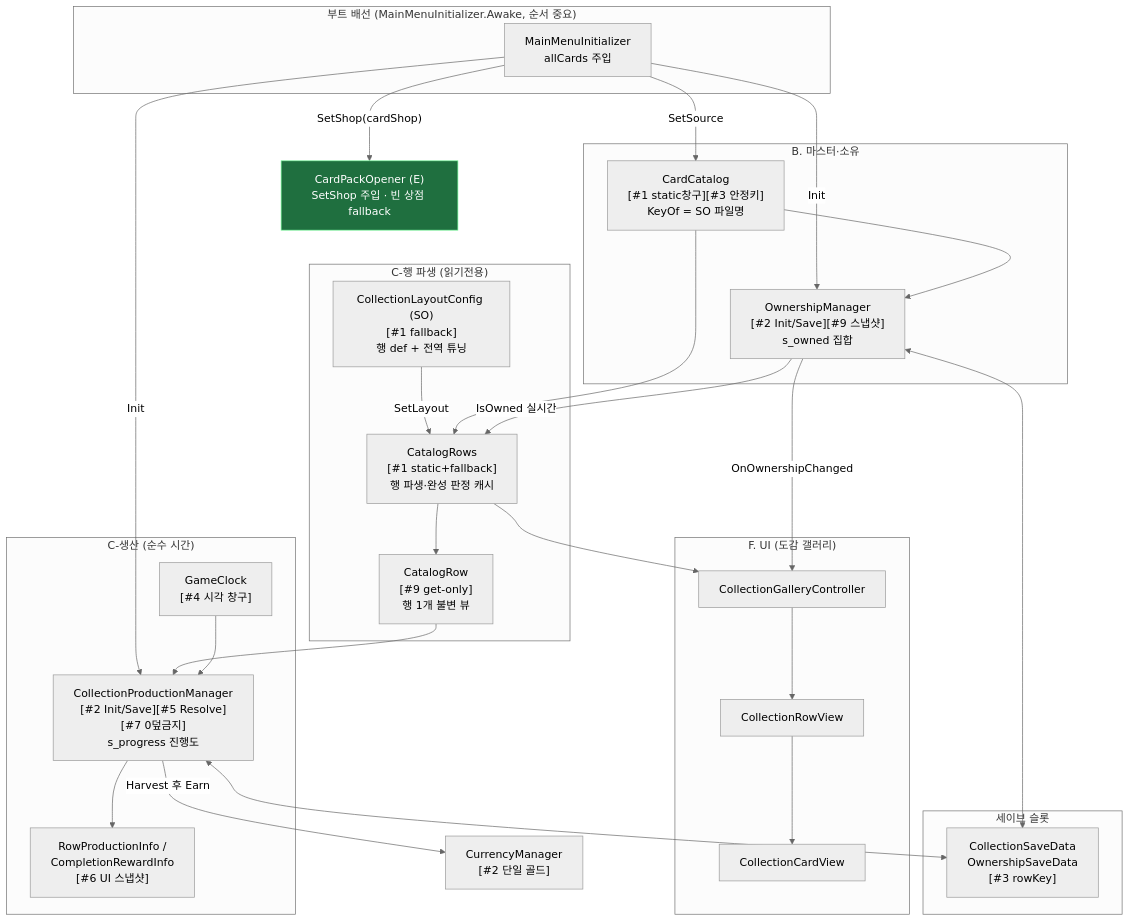
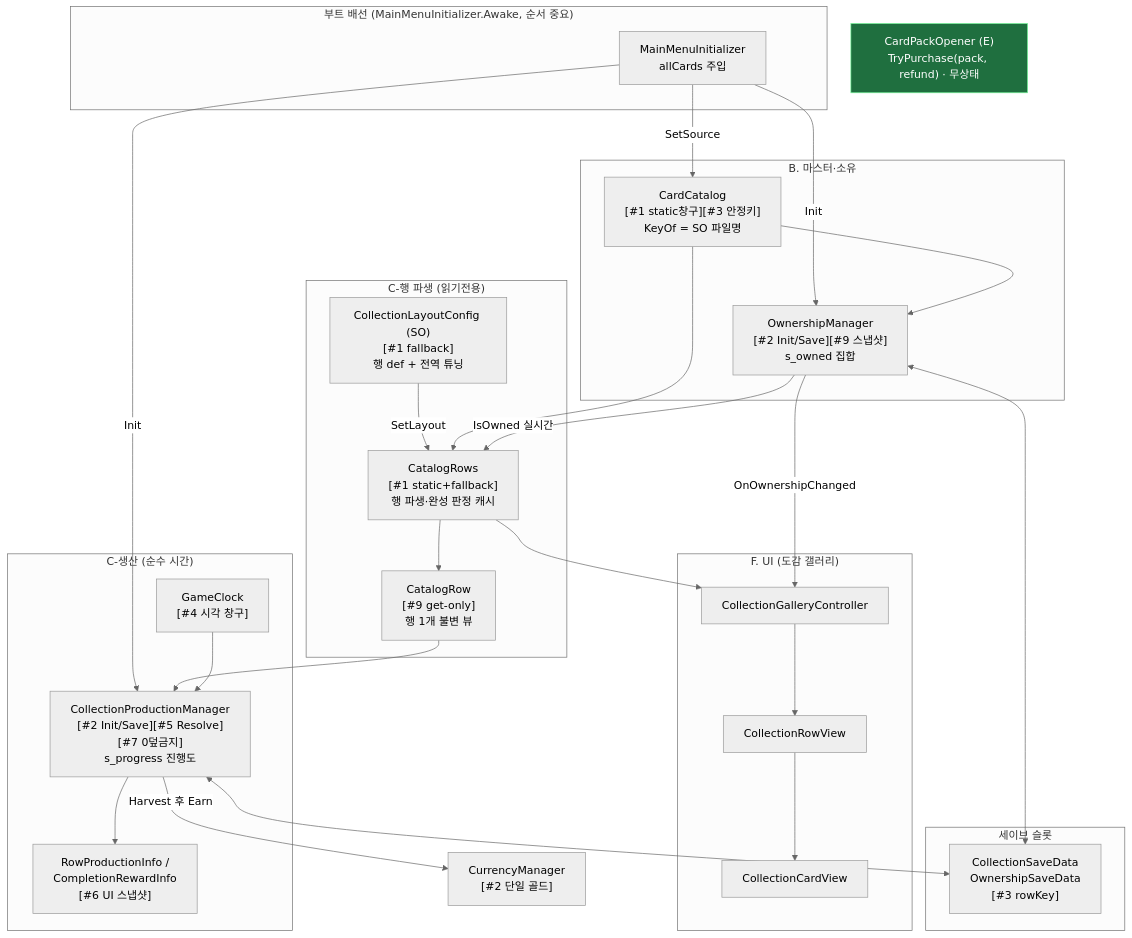
Before and after one commit to hspark-maker/TeamfightTCG_Migriation: the second of 12 diagrams in docs/OutGamePlan/STRUCTURE.md, drawn with Mermaid (neutral theme). The commit also changed other lines of this file and 21 other files, not shown here.

````diff
--- a/docs/OutGamePlan/STRUCTURE.md
+++ b/docs/OutGamePlan/STRUCTURE.md
@@ -87,56 +88,55 @@
 ```mermaid
 flowchart TD
     subgraph boot["부트 배선 (MainMenuInitializer.Awake, 순서 중요)"]
         INIT["MainMenuInitializer<br/>allCards 주입"]
     end
 
     subgraph master["B. 마스터·소유"]
         CAT["CardCatalog<br/>[#1 static창구][#3 안정키]<br/>KeyOf = SO 파일명"]
         OWN["OwnershipManager<br/>[#2 Init/Save][#9 스냅샷]<br/>s_owned 집합"]
     end
 
     subgraph derive["C-행 파생 (읽기전용)"]
         CFG["CollectionLayoutConfig (SO)<br/>[#1 fallback]<br/>행 def + 전역 튜닝"]
         ROWS["CatalogRows<br/>[#1 static+fallback]<br/>행 파생·완성 판정 캐시"]
         ROW["CatalogRow<br/>[#9 get-only]<br/>행 1개 불변 뷰"]
     end
 
     subgraph prod["C-생산 (순수 시간)"]
         CLOCK["GameClock<br/>[#4 시각 창구]"]
         PROD["CollectionProductionManager<br/>[#2 Init/Save][#5 Resolve][#7 0덮금지]<br/>s_progress 진행도"]
         INFO["RowProductionInfo /<br/>CompletionRewardInfo<br/>[#6 UI 스냅샷]"]
     end
 
     subgraph save["세이브 슬롯"]
         SD["CollectionSaveData<br/>OwnershipSaveData<br/>[#3 rowKey]"]
     end
 
     CUR["CurrencyManager<br/>[#2 단일 골드]"]
-    OPENER["CardPackOpener (E)<br/>SetShop 주입 · 빈 상점 fallback"]:::new
+    OPENER["CardPackOpener (E)<br/>TryPurchase(pack, refund) · 무상태"]:::new
 
     subgraph ui["F. UI (도감 갤러리)"]
         GAL["CollectionGalleryController"]
         RV["CollectionRowView"]
         CV["CollectionCardView"]
     end
 
     INIT -->|SetSource| CAT
     INIT -->|Init| OWN
     INIT -->|Init| PROD
-    INIT -->|"SetShop(cardShop)"| OPENER
     CAT --> OWN
     CFG -->|SetLayout| ROWS
     CAT --> ROWS
     ROWS --> ROW
     OWN -->|IsOwned 실시간| ROWS
     ROW --> PROD
     CLOCK --> PROD
     PROD -->|"Harvest 후 Earn"| CUR
     OWN <--> SD
     PROD <--> SD
     PROD --> INFO
     ROWS --> GAL
     GAL --> RV --> CV
     OWN -->|OnOwnershipChanged| GAL
     classDef new fill:#1f6f3f,stroke:#7CFC9E,color:#fff;
 ```
````
